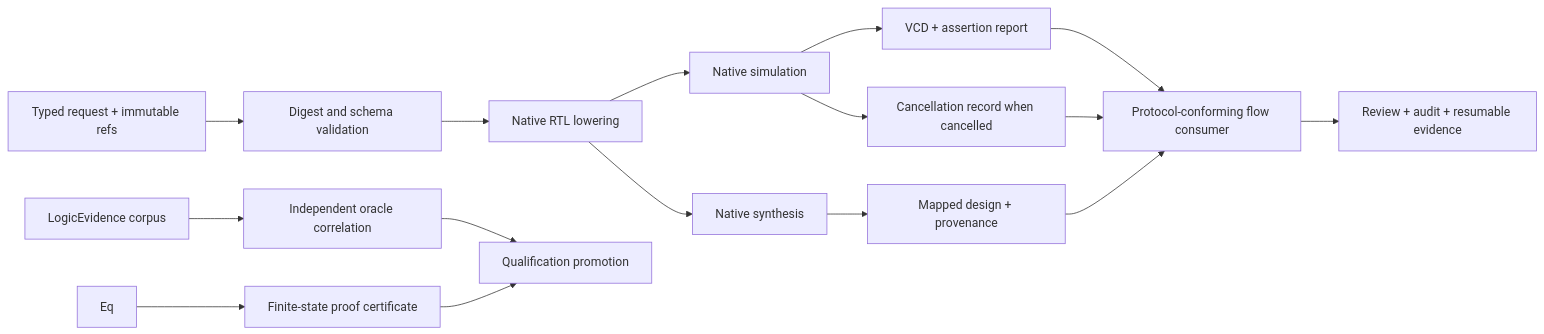
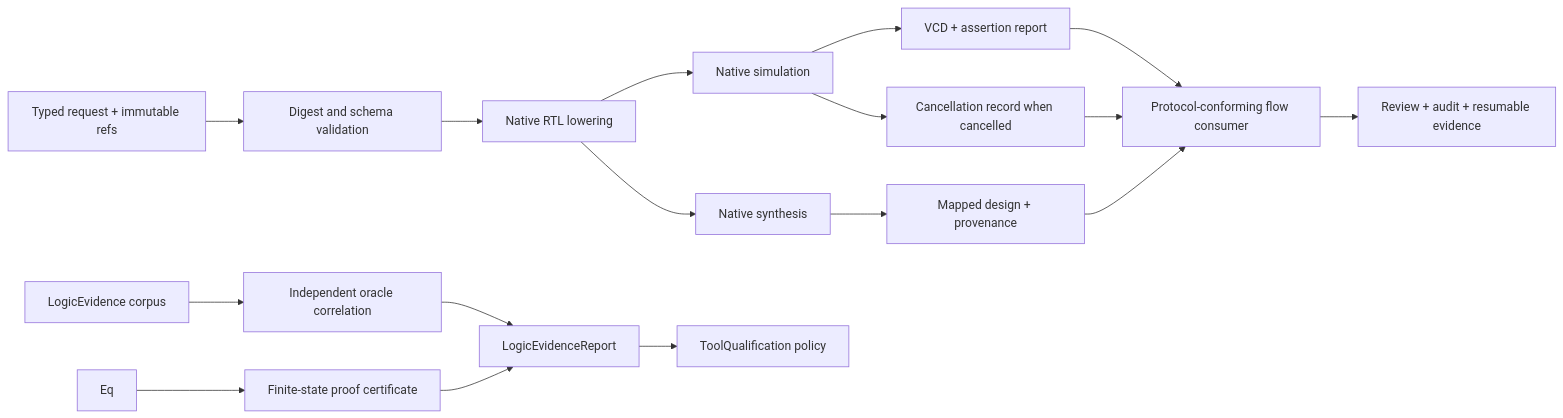
One commit to 1amageek/LogicEngine changed the diagram in README.md. Above: the diagram before and after it, drawn with Mermaid. The commit also changed other lines of this file and 4 other files, not shown here.

````diff
--- a/README.md
+++ b/README.md
@@ -197,18 +188,19 @@
 ```mermaid
 flowchart LR
     Request["Typed request + immutable refs"] --> Verify["Digest and schema validation"]
     Verify --> Lower["Native RTL lowering"]
     Lower --> Sim["Native simulation"]
     Lower --> Syn["Native synthesis"]
     Sim --> SimArtifacts["VCD + assertion report"]
     Sim --> CancelArtifacts["Cancellation record when cancelled"]
     Syn --> SynArtifacts["Mapped design + provenance"]
     SimArtifacts --> Flow["Protocol-conforming flow consumer"]
     CancelArtifacts --> Flow
     SynArtifacts --> Flow
     Flow --> Review["Review + audit + resumable evidence"]
     Corpus["LogicEvidence corpus"] --> Oracle["Independent oracle correlation"]
-    Oracle --> Promotion["Qualification promotion"]
+    Oracle --> Evidence["LogicEvidenceReport"]
+    Evidence --> Trust["ToolQualification policy"]
     Eq --> Certificate["Finite-state proof certificate"]
-    Certificate --> Promotion
+    Certificate --> Evidence
 ```
````
